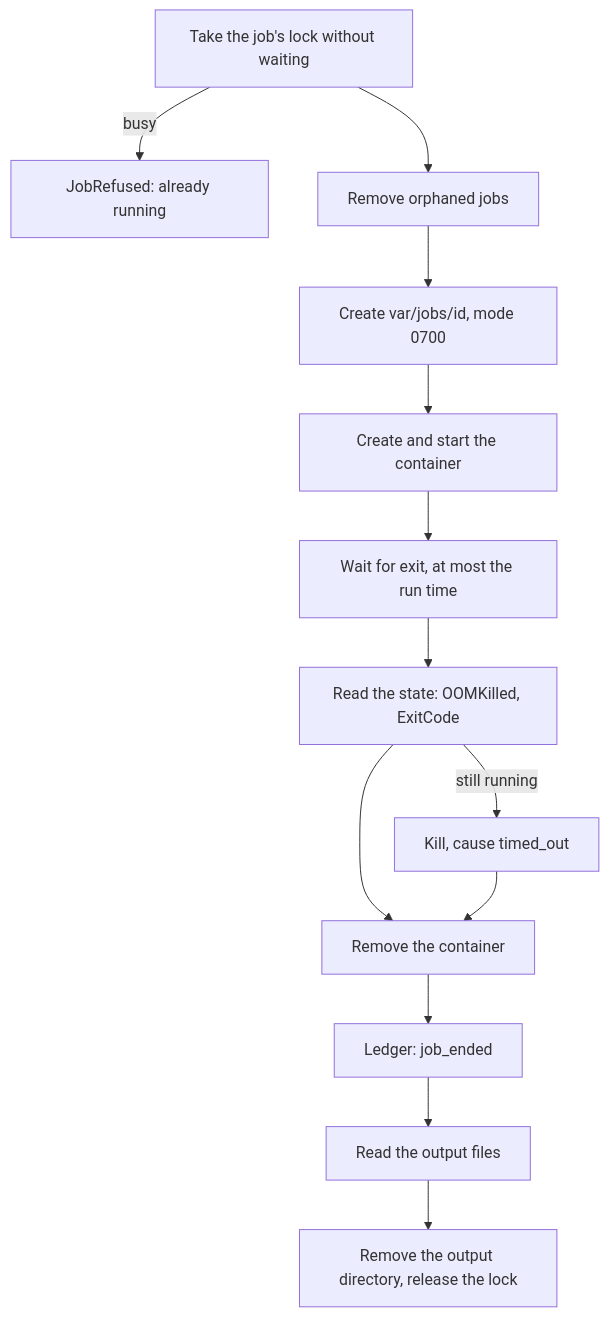
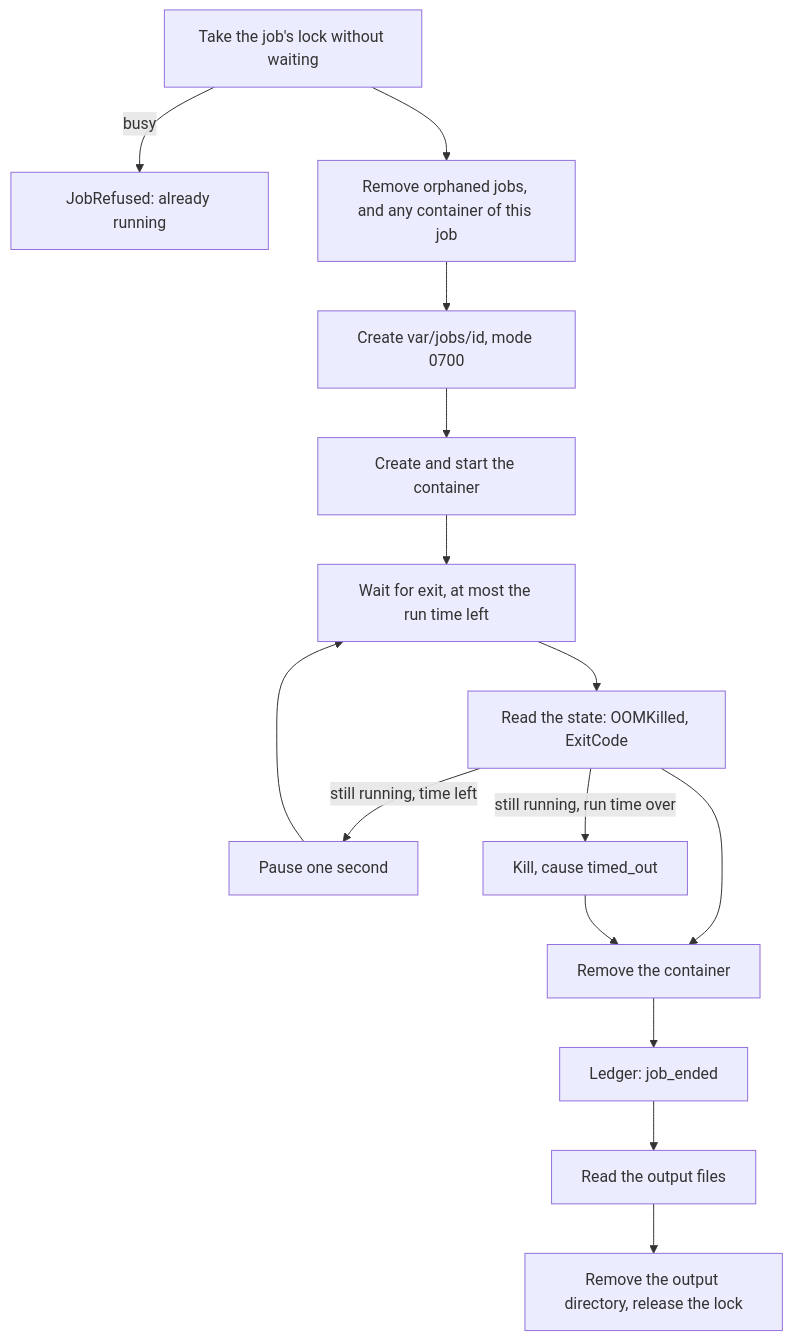
The diagram in docs/architecture/job-containers.md (shinyredapples/intakt), drawn with Mermaid before and after one commit. The commit also changed other lines of this file and 10 other files, not shown here.

````diff
--- a/docs/architecture/job-containers.md
+++ b/docs/architecture/job-containers.md
@@ -34,15 +34,17 @@
 ```mermaid
 flowchart TD
   lock[Take the job's lock without waiting] -->|busy| refused[JobRefused: already running]
-  lock --> sweep[Remove orphaned jobs]
+  lock --> sweep[Remove orphaned jobs, and any container of this job]
   sweep --> prepare[Create var/jobs/id, mode 0700]
   prepare --> create[Create and start the container]
-  create --> wait[Wait for exit, at most the run time]
+  create --> wait[Wait for exit, at most the run time left]
   wait --> state[Read the state: OOMKilled, ExitCode]
-  state -->|still running| kill[Kill, cause timed_out]
+  state -->|still running, time left| pause[Pause one second]
+  pause --> wait
+  state -->|still running, run time over| kill[Kill, cause timed_out]
   state --> remove[Remove the container]
   kill --> remove
   remove --> record[Ledger: job_ended]
   record --> read[Read the output files]
   read --> clean[Remove the output directory, release the lock]
 ```
````
